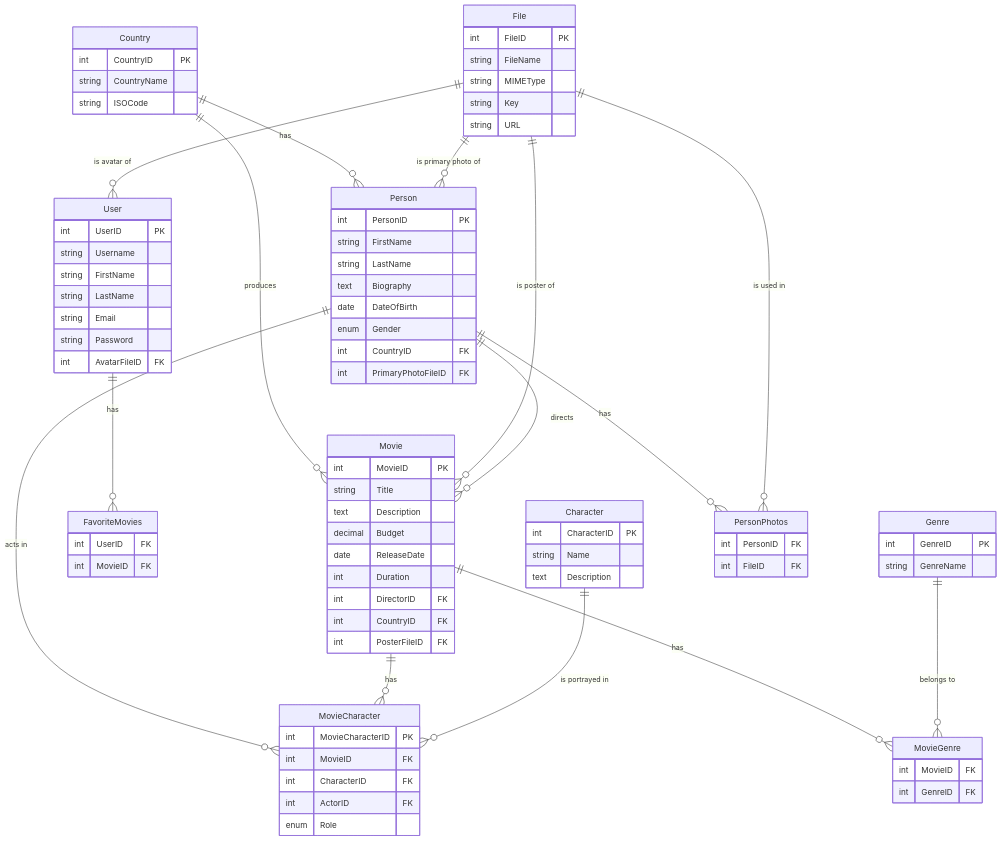
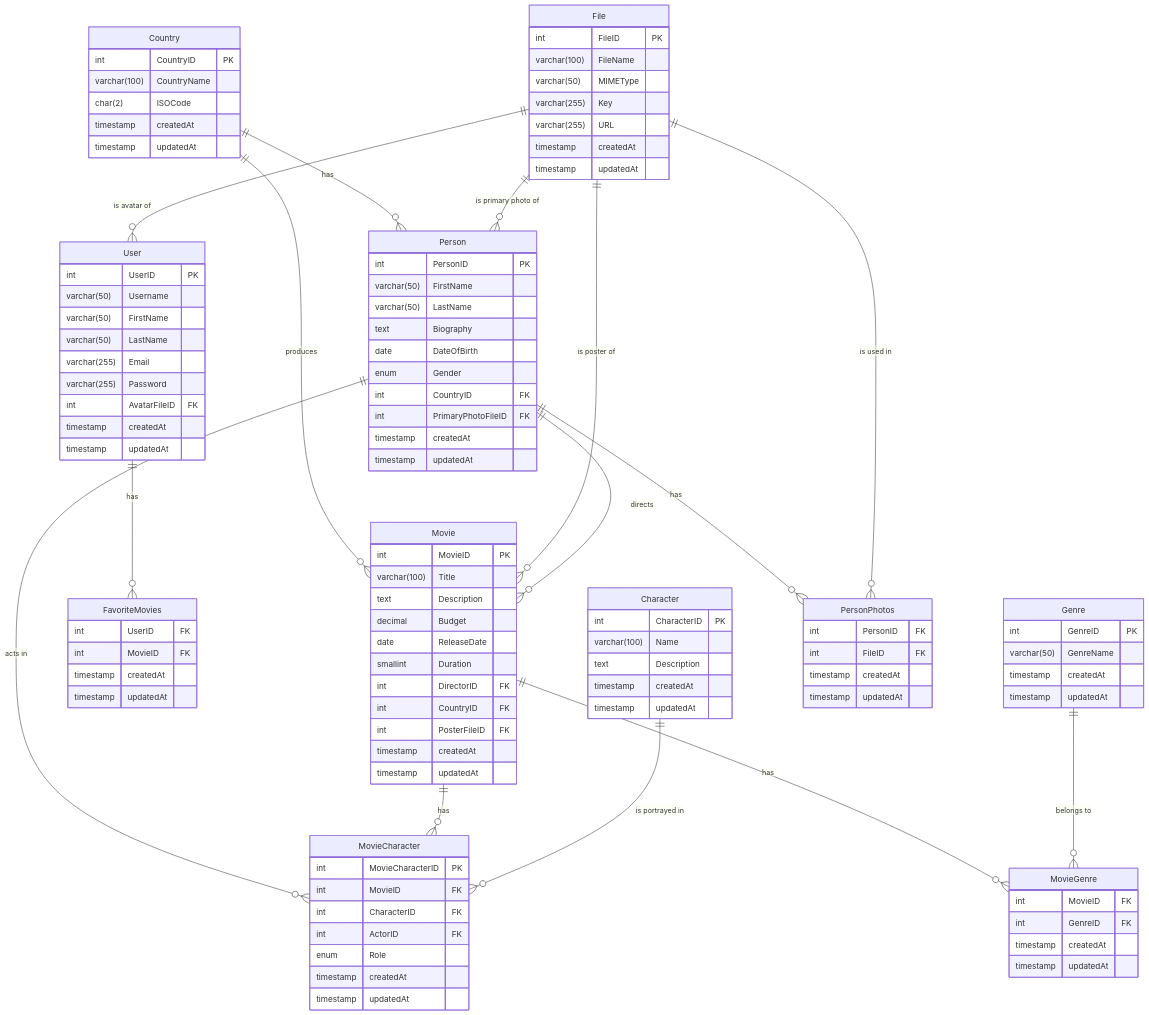
Before and after one commit to s1rserg/movie-app-db-sql: the diagram in README.md, drawn with Mermaid. The commit also changed other lines of this file, not shown here.

````diff
--- a/README.md
+++ b/README.md
@@ -19,60 +19,74 @@
 
     Country {
         int CountryID PK
-        string CountryName
-        string ISOCode
+        varchar(100) CountryName
+        char(2) ISOCode
+        timestamp createdAt
+        timestamp updatedAt
     }
 
     File {
         int FileID PK
-        string FileName
-        string MIMEType
-        string Key
-        string URL
+        varchar(100) FileName
+        varchar(50) MIMEType
+        varchar(255) Key
+        varchar(255) URL
+        timestamp createdAt
+        timestamp updatedAt
     }
 
     User {
         int UserID PK
-        string Username
-        string FirstName
-        string LastName
-        string Email
-        string Password
+        varchar(50) Username
+        varchar(50) FirstName
+        varchar(50) LastName
+        varchar(255) Email
+        varchar(255) Password
         int AvatarFileID FK
+        timestamp createdAt
+        timestamp updatedAt
     }
 
     Person {
         int PersonID PK
-        string FirstName
-        string LastName
+        varchar(50) FirstName
+        varchar(50) LastName
         text Biography
         date DateOfBirth
         enum Gender
         int CountryID FK
         int PrimaryPhotoFileID FK
+        timestamp createdAt
+        timestamp updatedAt
     }
 
     Movie {
         int MovieID PK
-        string Title
+        varchar(100) Title
         text Description
         decimal Budget
         date ReleaseDate
-        int Duration
+        smallint Duration
         int DirectorID FK
         int CountryID FK
         int PosterFileID FK
+        timestamp createdAt
+        timestamp updatedAt
     }
 
     Genre {
         int GenreID PK
-        string GenreName
+        varchar(50) GenreName
+        timestamp createdAt
+        timestamp updatedAt
     }
 
     Character {
         int CharacterID PK
-        string Name
+        varchar(100) Name
         text Description
+        timestamp createdAt
+        timestamp updatedAt
     }
 
     MovieCharacter {
@@ -81,20 +95,28 @@
         int CharacterID FK
         int ActorID FK
         enum Role
+        timestamp createdAt
+        timestamp updatedAt
     }
 
     MovieGenre {
         int MovieID FK
         int GenreID FK
+        timestamp createdAt
+        timestamp updatedAt
     }
 
     FavoriteMovies {
         int UserID FK
         int MovieID FK
+        timestamp createdAt
+        timestamp updatedAt
     }
 
     PersonPhotos {
         int PersonID FK
         int FileID FK
+        timestamp createdAt
+        timestamp updatedAt
     }
 ```
````
